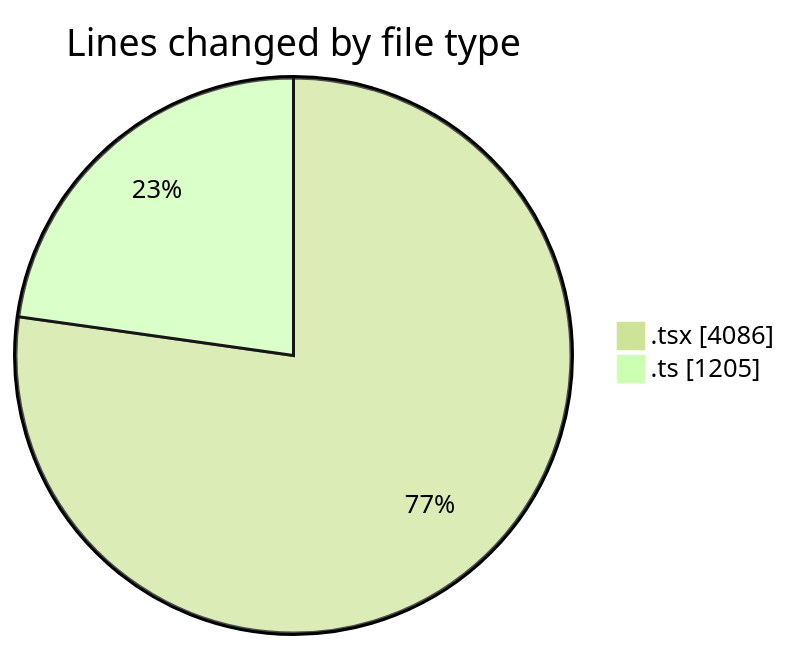
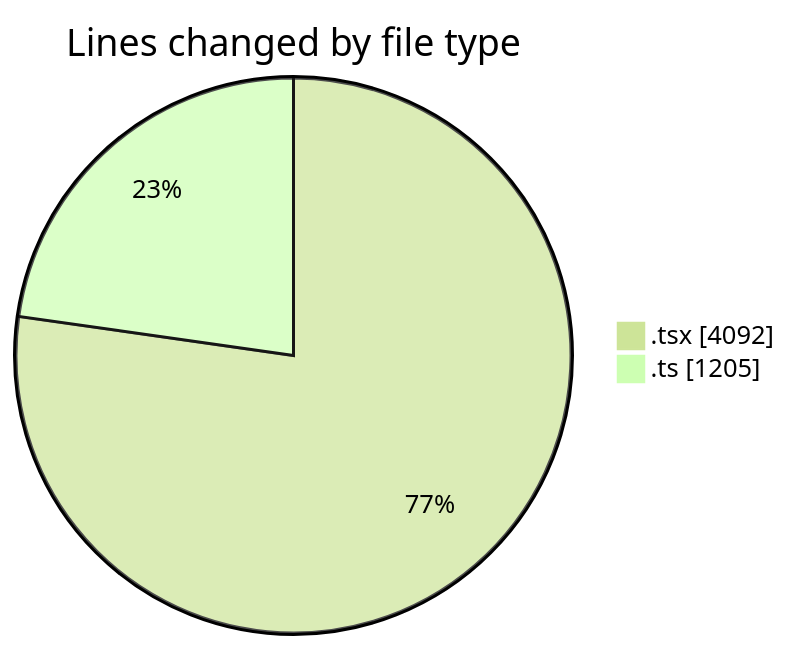
One commit to nxtqubesakshisongat/code-tracking changed the first of 2 diagrams in 2026-02-18/nxtqube_webapp/README.md. Above: the diagram before and after it, drawn with Mermaid (forest theme). The commit also changed other lines of this file and 1 other file, not shown here.

````diff
--- a/2026-02-18/nxtqube_webapp/README.md
+++ b/2026-02-18/nxtqube_webapp/README.md
@@ -29,6 +29,6 @@
 ```mermaid
 pie showData
 title Lines changed by file type
-".tsx" : 4086
+".tsx" : 4092
 ".ts" : 1205
 ```
````
